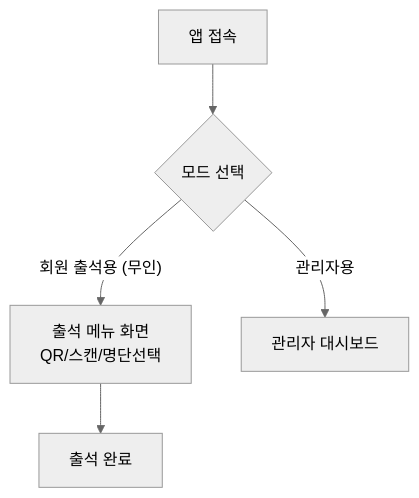
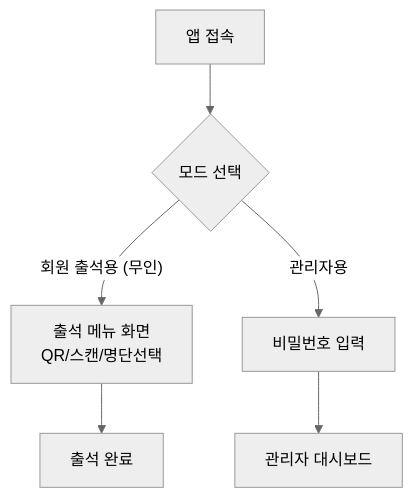
One commit to yn55m6/attendance-app-v5 changed the first of 3 diagrams in README.md. Above: the diagram before and after it, drawn with Mermaid (neutral theme). The commit also changed other lines of this file and 1 other file, not shown here.

Commit message:
fix: 관리자 로그인 비밀번호 인식 오류 수정 및 초기화 로직 강화

````diff
--- a/README.md
+++ b/README.md
@@ -107,7 +108,8 @@
 ```mermaid
 graph TD
     A[앱 접속] --> B{모드 선택}
     B -- "회원 출석용 (무인)" --> C[출석 메뉴 화면<br/>QR/스캔/명단선택]
-    B -- "관리자용" --> E[관리자 대시보드]
+    B -- "관리자용" --> D[비밀번호 입력]
+    D --> E[관리자 대시보드]
     C --> H[출석 완료]
 ```
````
